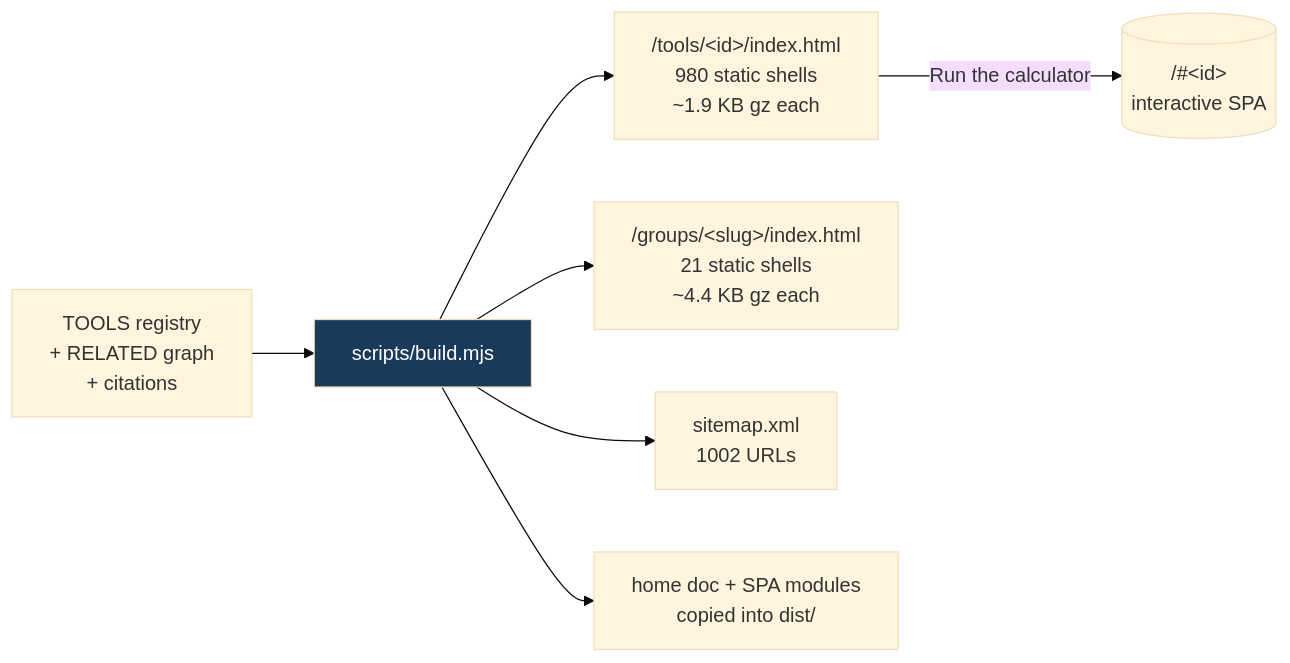
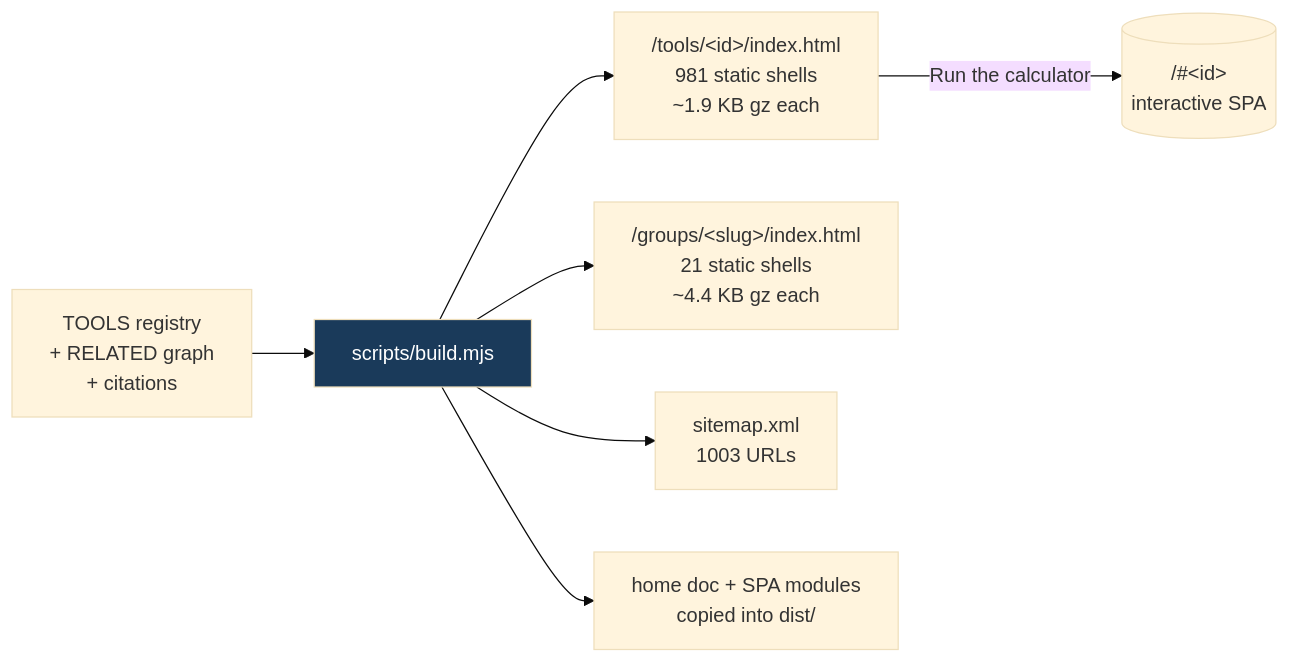
One commit to clay-good/roughlogic.com changed the fifth of 8 diagrams in README.md. Above: the diagram before and after it, drawn with Mermaid (base theme). The commit also changed other lines of this file and 12 other files, not shown here.

````diff
--- a/README.md
+++ b/README.md
@@ -495,10 +495,10 @@
 ```mermaid
 flowchart LR
     SRC[TOOLS registry\n+ RELATED graph\n+ citations] --> BUILD[scripts/build.mjs]
-    BUILD --> TILE["/tools/&lt;id&gt;/index.html\n980 static shells\n~1.9 KB gz each"]
+    BUILD --> TILE["/tools/&lt;id&gt;/index.html\n981 static shells\n~1.9 KB gz each"]
     BUILD --> GROUP["/groups/&lt;slug&gt;/index.html\n21 static shells\n~4.4 KB gz each"]
-    BUILD --> MAP["sitemap.xml\n1002 URLs"]
+    BUILD --> MAP["sitemap.xml\n1003 URLs"]
     BUILD --> COPY[home doc + SPA modules\ncopied into dist/]
     TILE -->|Run the calculator| SPA[("/#&lt;id&gt;\ninteractive SPA")]
     style BUILD fill:#1a3a5a,color:#fff
 ```
````
